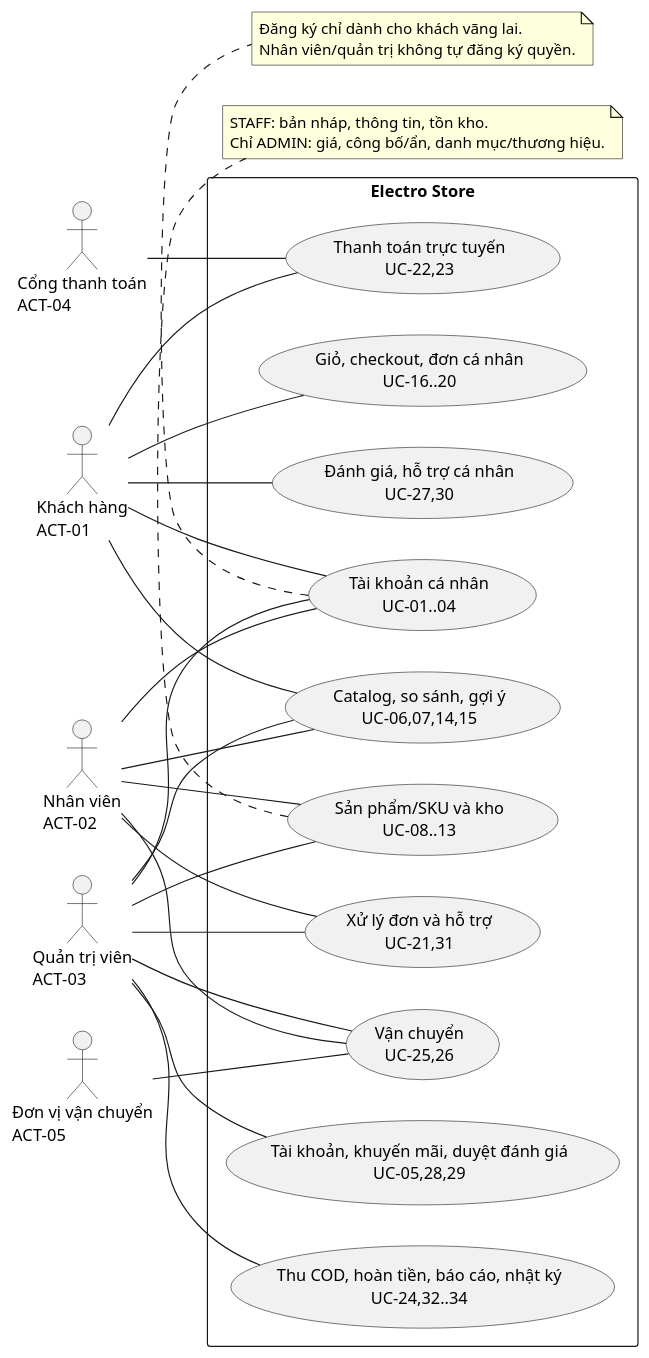
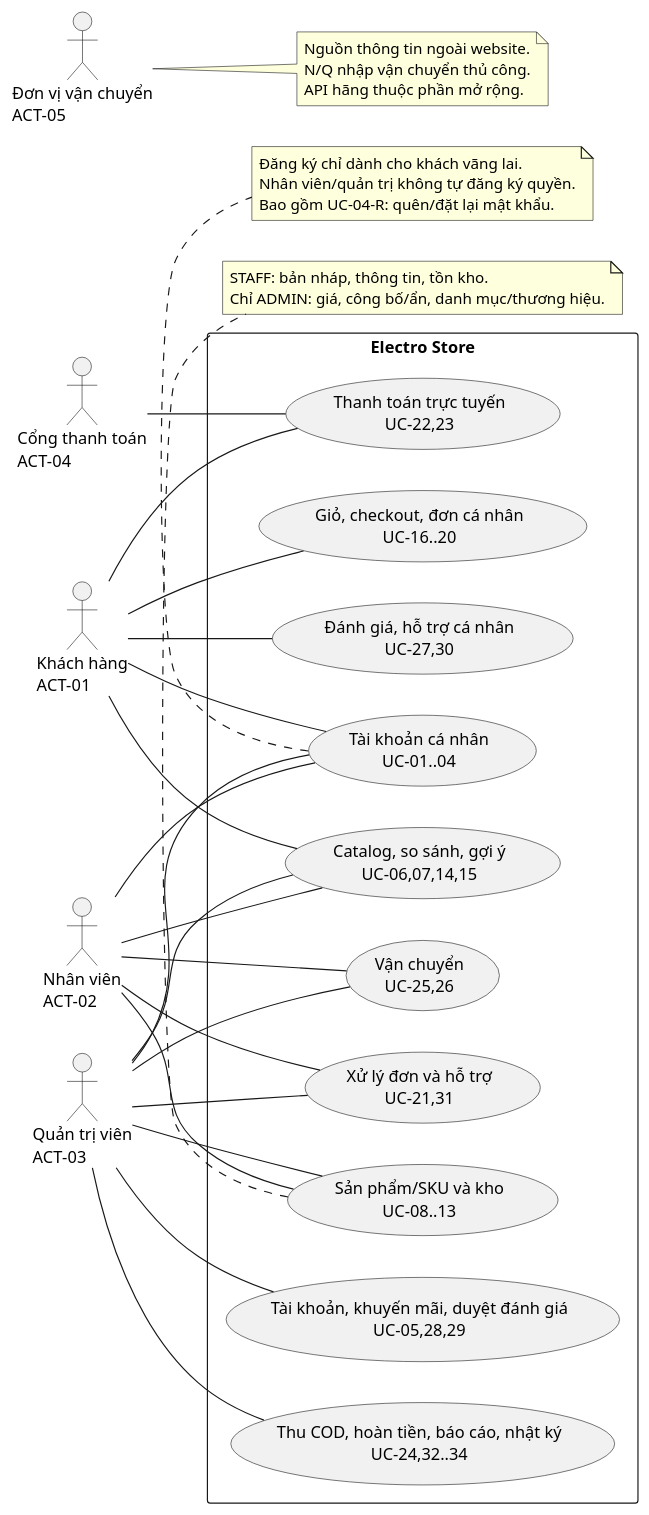
Before and after one commit to hungpkaa/x-y-d-ng-web-b-n-h-ng-i-n-t-cho-m-t-c-a-h-ng: the diagram in docs/diagrams/00_tong_quat.puml, drawn with PlantUML. The commit also changed 134 other files, not shown here.

```diff
--- a/docs/diagrams/00_tong_quat.puml
+++ b/docs/diagrams/00_tong_quat.puml
@@ -1,48 +1,53 @@
 @startuml
 left to right direction
 skinparam packageStyle rectangle
 actor "Khách hàng\nACT-01" as K
 actor "Nhân viên\nACT-02" as N
 actor "Quản trị viên\nACT-03" as Q
 actor "Cổng thanh toán\nACT-04" as T
 actor "Đơn vị vận chuyển\nACT-05" as G
 rectangle "Electro Store" {
   usecase "Tài khoản cá nhân\nUC-01..04" as identity
   usecase "Catalog, so sánh, gợi ý\nUC-06,07,14,15" as catalog
   usecase "Giỏ, checkout, đơn cá nhân\nUC-16..20" as purchase
   usecase "Thanh toán trực tuyến\nUC-22,23" as payment
   usecase "Đánh giá, hỗ trợ cá nhân\nUC-27,30" as customer
   usecase "Sản phẩm/SKU và kho\nUC-08..13" as product
   usecase "Xử lý đơn và hỗ trợ\nUC-21,31" as operation
   usecase "Vận chuyển\nUC-25,26" as shipping
   usecase "Tài khoản, khuyến mãi, duyệt đánh giá\nUC-05,28,29" as admin
   usecase "Thu COD, hoàn tiền, báo cáo, nhật ký\nUC-24,32..34" as finance
 }
 K -- identity
 K -- catalog
 K -- purchase
 K -- payment
 K -- customer
 N -- identity
 N -- catalog
 N -- product
 N -- operation
 N -- shipping
 Q -- identity
 Q -- catalog
 Q -- product
 Q -- operation
 Q -- shipping
 Q -- admin
 Q -- finance
 T -- payment
-G -- shipping
+note right of G
+Nguồn thông tin ngoài website.
+N/Q nhập vận chuyển thủ công.
+API hãng thuộc phần mở rộng.
+end note
 note bottom of product
 STAFF: bản nháp, thông tin, tồn kho.
 Chỉ ADMIN: giá, công bố/ẩn, danh mục/thương hiệu.
 end note
 note bottom of identity
 Đăng ký chỉ dành cho khách vãng lai.
 Nhân viên/quản trị không tự đăng ký quyền.
+Bao gồm UC-04-R: quên/đặt lại mật khẩu.
 end note
 @enduml
```
